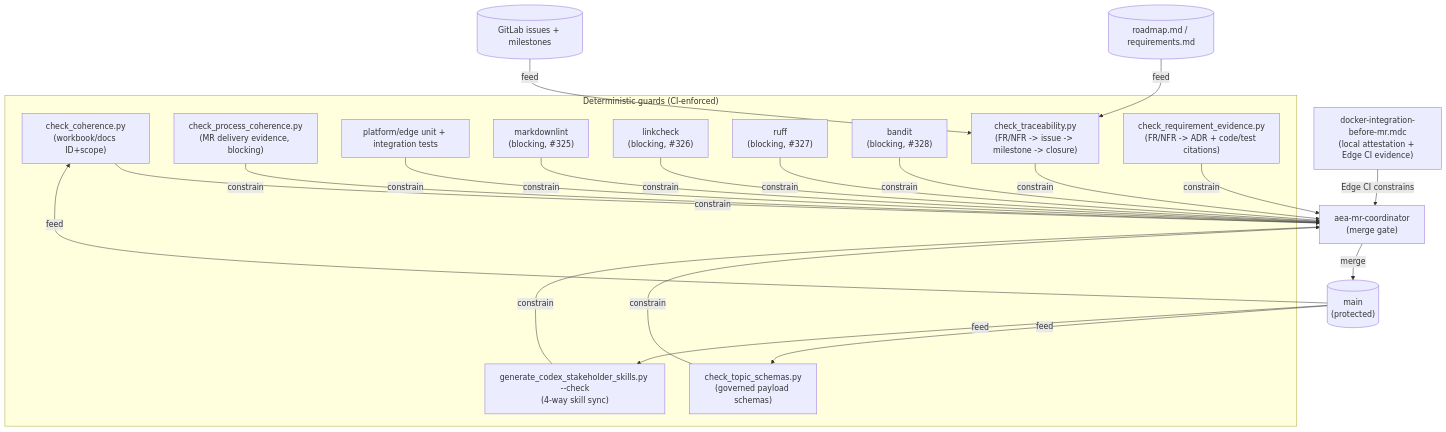
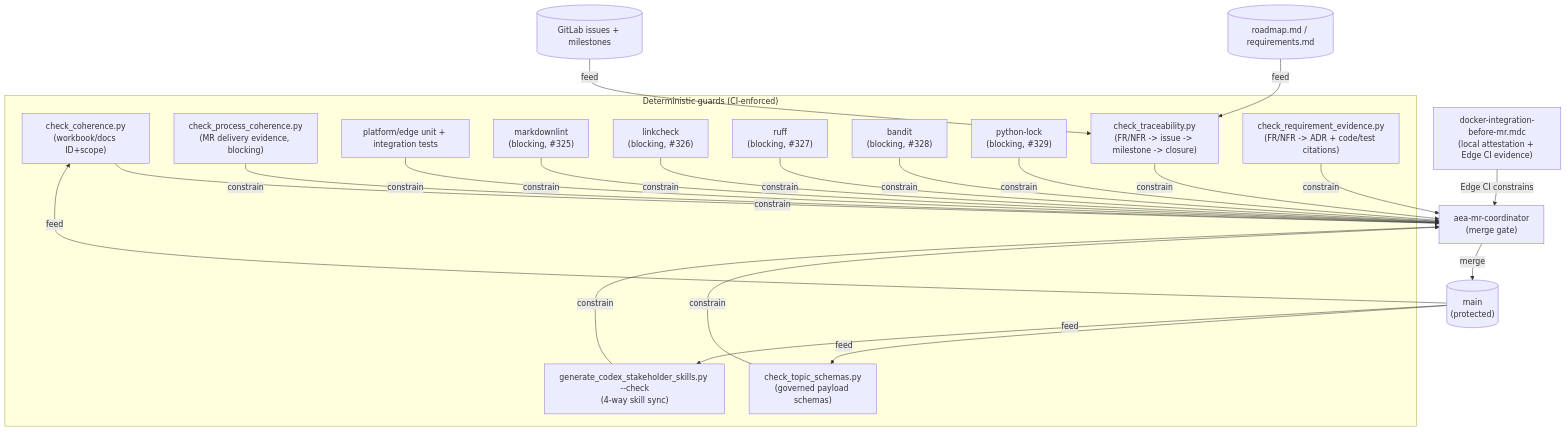
One commit to artofdream/adaptive-experience changed the first of 3 diagrams in research/loop-graph.md. Above: the diagram before and after it, drawn with Mermaid. The commit also changed other lines of this file and 20 other files, not shown here.

First line of the commit message:
build: lock platform and edge Python dependencies (#329)

````diff
--- a/research/loop-graph.md
+++ b/research/loop-graph.md
@@ -48,40 +48,42 @@
 ```mermaid
 flowchart TD
     subgraph guards["Deterministic guards (CI-enforced)"]
         CC["check_coherence.py<br/>(workbook/docs ID+scope)"]
         TS["check_topic_schemas.py<br/>(governed payload schemas)"]
         SS["generate_codex_stakeholder_skills.py --check<br/>(4-way skill sync)"]
         PC["check_process_coherence.py<br/>(MR delivery evidence, blocking)"]
         PU["platform/edge unit + integration tests"]
         LINT["markdownlint<br/>(blocking, #325)"]
         LINK["linkcheck<br/>(blocking, #326)"]
         RUFF["ruff<br/>(blocking, #327)"]
         SAST["bandit<br/>(blocking, #328)"]
+        LOCK["python-lock<br/>(blocking, #329)"]
         TRACE["check_traceability.py<br/>(FR/NFR -> issue -> milestone -> closure)"]
         EVIDENCE["check_requirement_evidence.py<br/>(FR/NFR -> ADR + code/test citations)"]
     end
     DOCKER["docker-integration-before-mr.mdc<br/>(local attestation + Edge CI evidence)"]
     MRC["aea-mr-coordinator<br/>(merge gate)"]
     MAIN[("main<br/>(protected)")]
     ROADMAP[("roadmap.md / requirements.md")]
     ISSUES[("GitLab issues + milestones")]
 
     CC -- constrain --> MRC
     TS -- constrain --> MRC
     SS -- constrain --> MRC
     PC -- constrain --> MRC
     PU -- constrain --> MRC
     LINT -- constrain --> MRC
     LINK -- constrain --> MRC
     RUFF -- constrain --> MRC
     SAST -- constrain --> MRC
+    LOCK -- constrain --> MRC
     DOCKER -- "Edge CI constrains" --> MRC
     ROADMAP -- feed --> TRACE
     ISSUES -- feed --> TRACE
     TRACE -- constrain --> MRC
     EVIDENCE -- constrain --> MRC
     MRC -- merge --> MAIN
     MAIN -- feed --> CC
     MAIN -- feed --> TS
     MAIN -- feed --> SS
 ```
````
